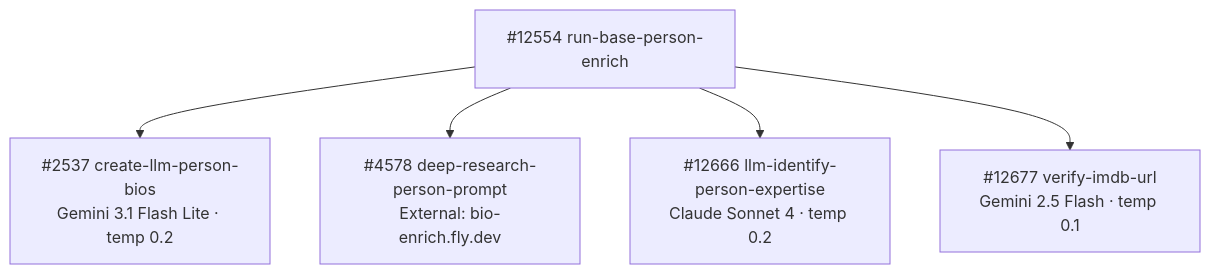
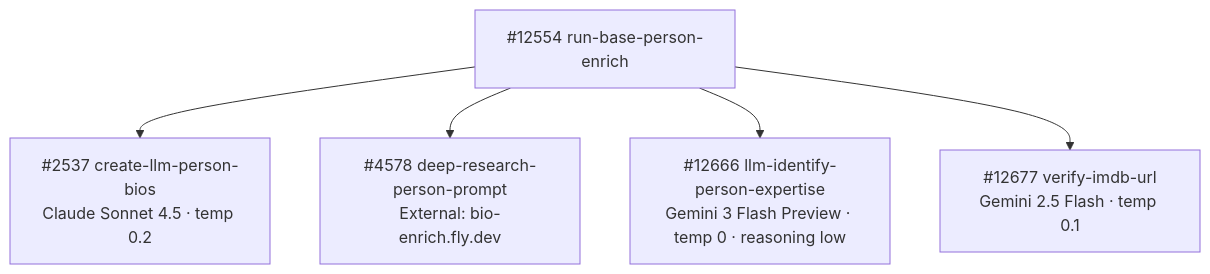
The diagram in guides/enrichment/person-pipeline/model-summary.mdx (M-Pederson/docs), drawn with Mermaid before and after one commit. The commit also changed other lines of this file and 8 other files, not shown here.

````diff
--- a/guides/enrichment/person-pipeline/model-summary.mdx
+++ b/guides/enrichment/person-pipeline/model-summary.mdx
@@ -65,7 +65,7 @@
 ```mermaid
 graph TD
-    A["#12554 run-base-person-enrich"] --> B["#2537 create-llm-person-bios<br/>Gemini 3.1 Flash Lite · temp 0.2"]
+    A["#12554 run-base-person-enrich"] --> B["#2537 create-llm-person-bios<br/>Claude Sonnet 4.5 · temp 0.2"]
     A --> C["#4578 deep-research-person-prompt<br/>External: bio-enrich.fly.dev"]
-    A --> D["#12666 llm-identify-person-expertise<br/>Claude Sonnet 4 · temp 0.2"]
+    A --> D["#12666 llm-identify-person-expertise<br/>Gemini 3 Flash Preview · temp 0 · reasoning low"]
     A --> E["#12677 verify-imdb-url<br/>Gemini 2.5 Flash · temp 0.1"]
 ```
````
